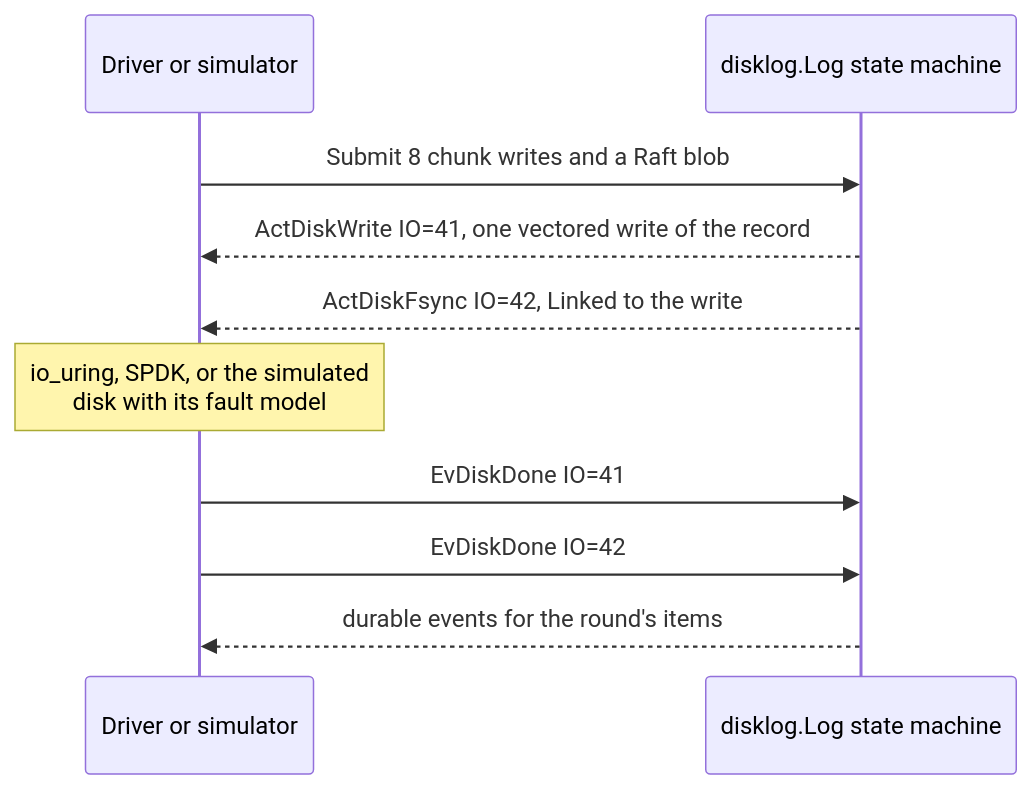
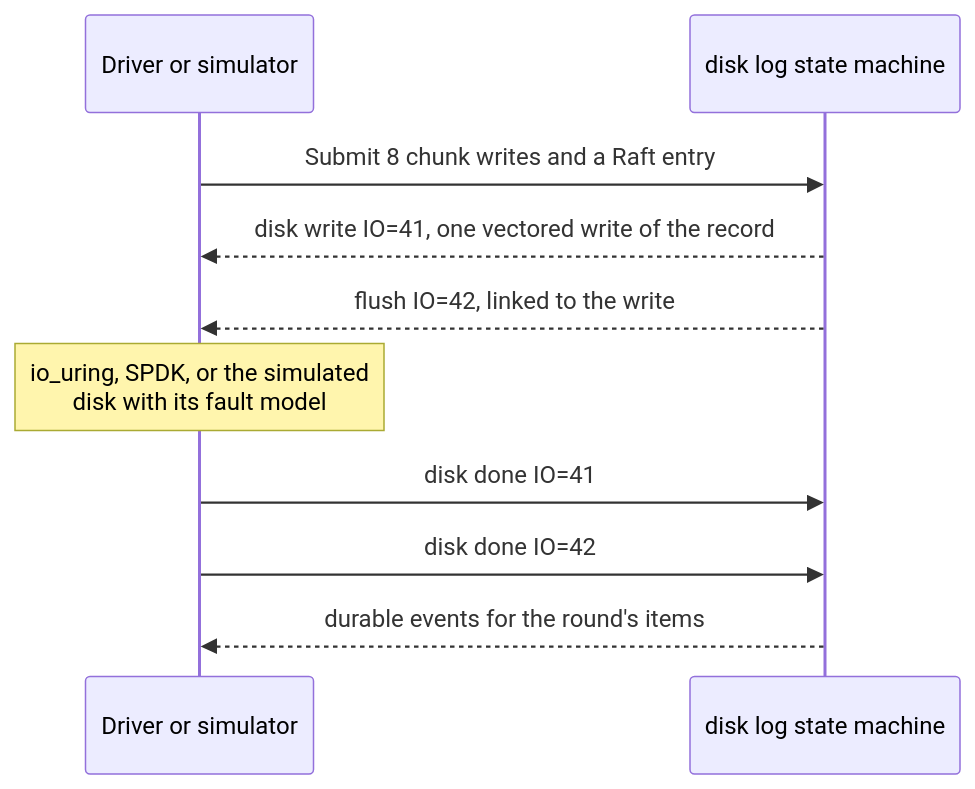
One commit to nvcnvn/rock-solid changed the second of 5 diagrams in blogs/11-runtime-in-go.md. Above: the diagram before and after it, drawn with Mermaid. The commit also changed other lines of this file, not shown here.

````diff
--- a/blogs/11-runtime-in-go.md
+++ b/blogs/11-runtime-in-go.md
@@ -378,12 +334,12 @@
 ```mermaid
 sequenceDiagram
     participant DR as Driver or simulator
-    participant L as disklog.Log state machine
-    DR->>L: Submit 8 chunk writes and a Raft blob
-    L-->>DR: ActDiskWrite IO=41, one vectored write of the record
-    L-->>DR: ActDiskFsync IO=42, Linked to the write
+    participant L as disk log state machine
+    DR->>L: Submit 8 chunk writes and a Raft entry
+    L-->>DR: disk write IO=41, one vectored write of the record
+    L-->>DR: flush IO=42, linked to the write
     Note over DR: io_uring, SPDK, or the simulated<br/>disk with its fault model
-    DR->>L: EvDiskDone IO=41
-    DR->>L: EvDiskDone IO=42
+    DR->>L: disk done IO=41
+    DR->>L: disk done IO=42
     L-->>DR: durable events for the round's items
 ```
````
